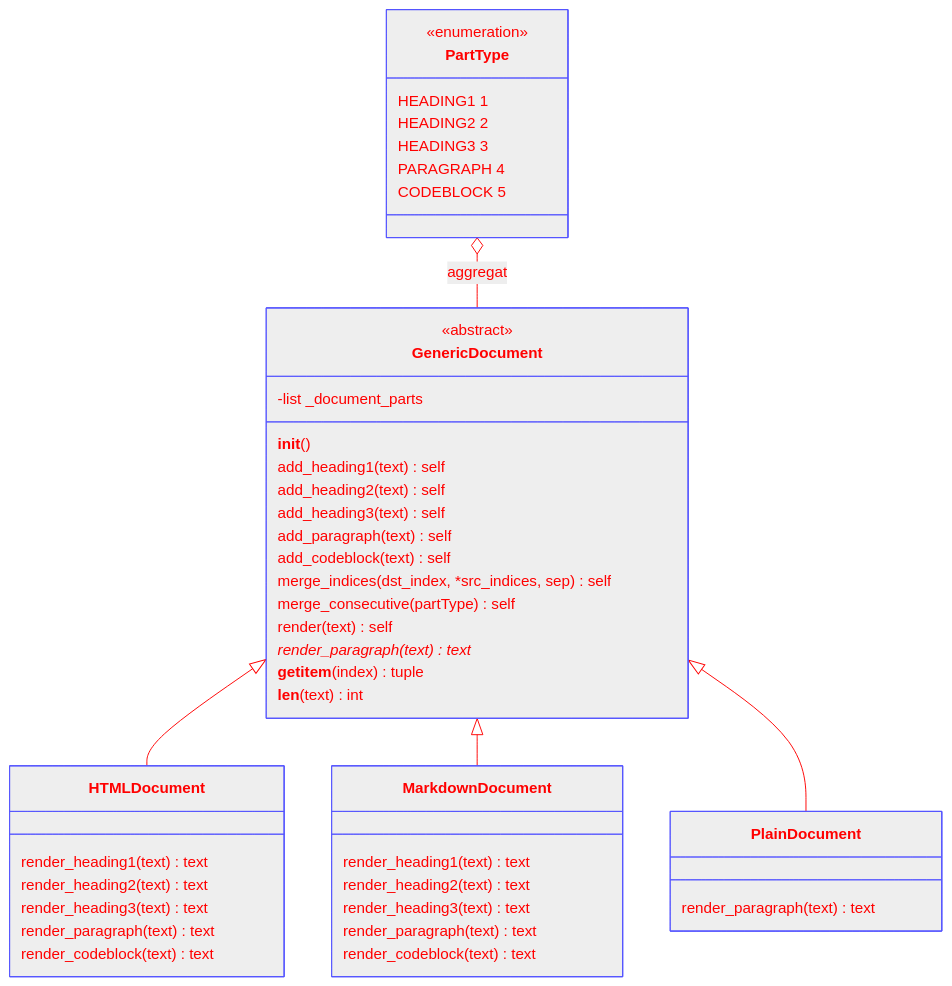
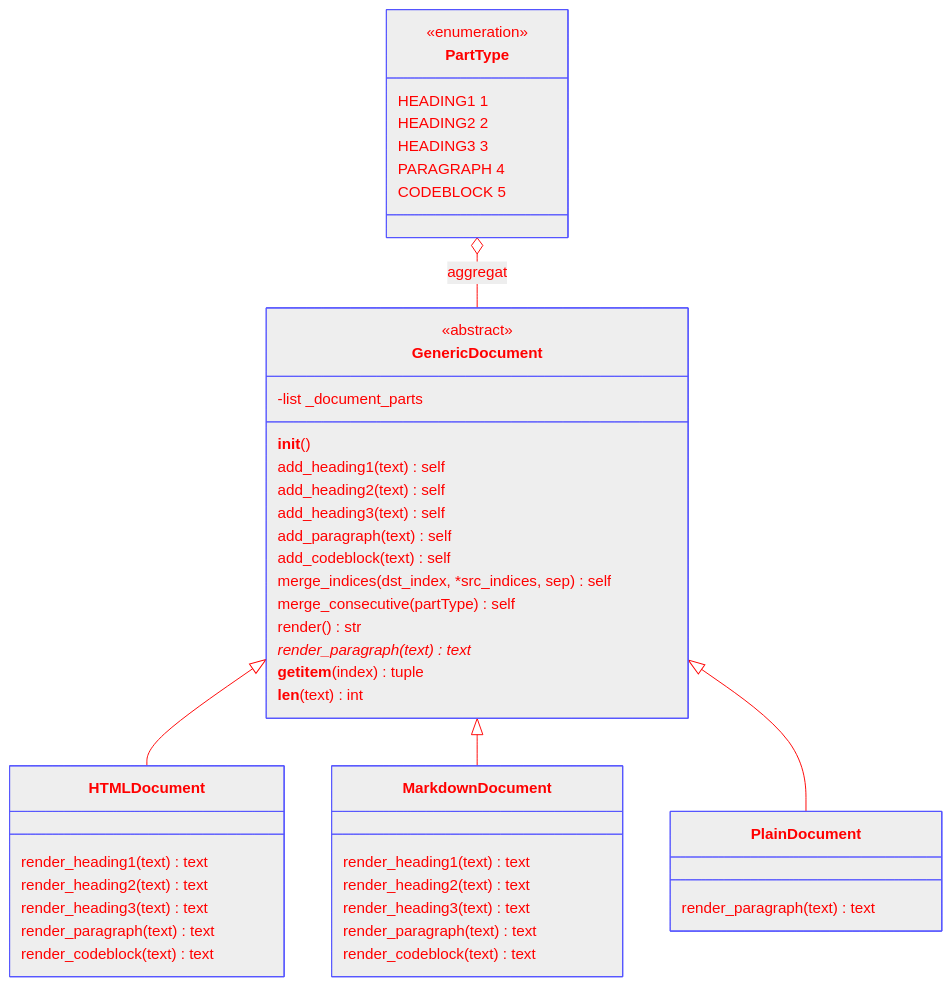
Before and after one commit to mrmysko/nackademin-py-12-gendoc: the diagram in README.md, drawn with Mermaid. The commit also changed other lines of this file, not shown here.

Commit message:
Fix description bug so it says that render takes no args

````diff
--- a/README.md
+++ b/README.md
@@ -172,53 +172,53 @@
 ```mermaid
 %%{init: {'theme': 'base', 'themeVariables': {'primaryColor': '#eee',
 'primaryTextColor':'#f00','primaryBorderColor':'#55f','lineColor': '#f00' }}}%%
 
 classDiagram
 
 class GenericDocument
 <<abstract>> GenericDocument
 GenericDocument : -list _document_parts
 GenericDocument : __init__()
 GenericDocument : add_heading1(text) self
 GenericDocument : add_heading2(text) self
 GenericDocument : add_heading3(text) self
 GenericDocument : add_paragraph(text) self
 GenericDocument : add_codeblock(text) self
 GenericDocument : merge_indices(dst_index, *src_indices, sep) self
 GenericDocument : merge_consecutive(partType) self
-GenericDocument : render(text) self
+GenericDocument : render() str
 GenericDocument : render_paragraph(text)* text
 GenericDocument : __getitem__(index) tuple
 GenericDocument : __len__(text) int
 
 
 class HTMLDocument
 GenericDocument <|-- HTMLDocument
 HTMLDocument : render_heading1(text) text
 HTMLDocument : render_heading2(text) text
 HTMLDocument : render_heading3(text) text
 HTMLDocument : render_paragraph(text) text
 HTMLDocument : render_codeblock(text) text
 
 class MarkdownDocument
 GenericDocument <|-- MarkdownDocument
 MarkdownDocument : render_heading1(text) text
 MarkdownDocument : render_heading2(text) text
 MarkdownDocument : render_heading3(text) text
 MarkdownDocument : render_paragraph(text) text
 MarkdownDocument : render_codeblock(text) text
 
 class PlainDocument
 GenericDocument <|-- PlainDocument
 PlainDocument : render_paragraph(text) text
 
 class PartType {
 <<enumeration>>
    HEADING1  1
    HEADING2  2
    HEADING3  3
    PARAGRAPH 4
    CODEBLOCK 5
 }
 PartType o-- GenericDocument : aggregat
 ```
````
